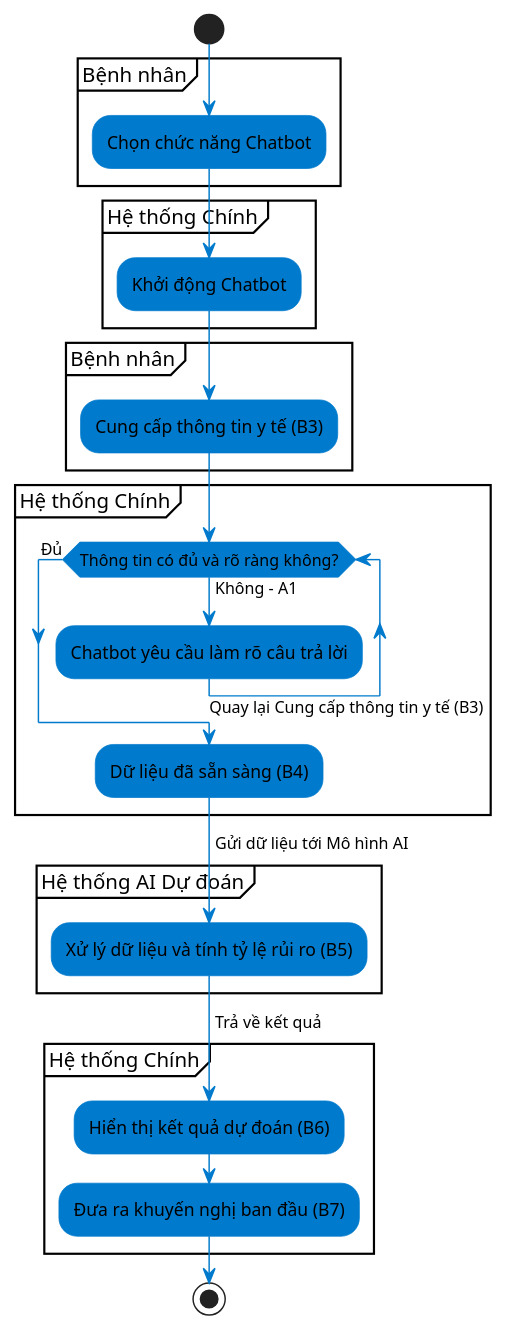
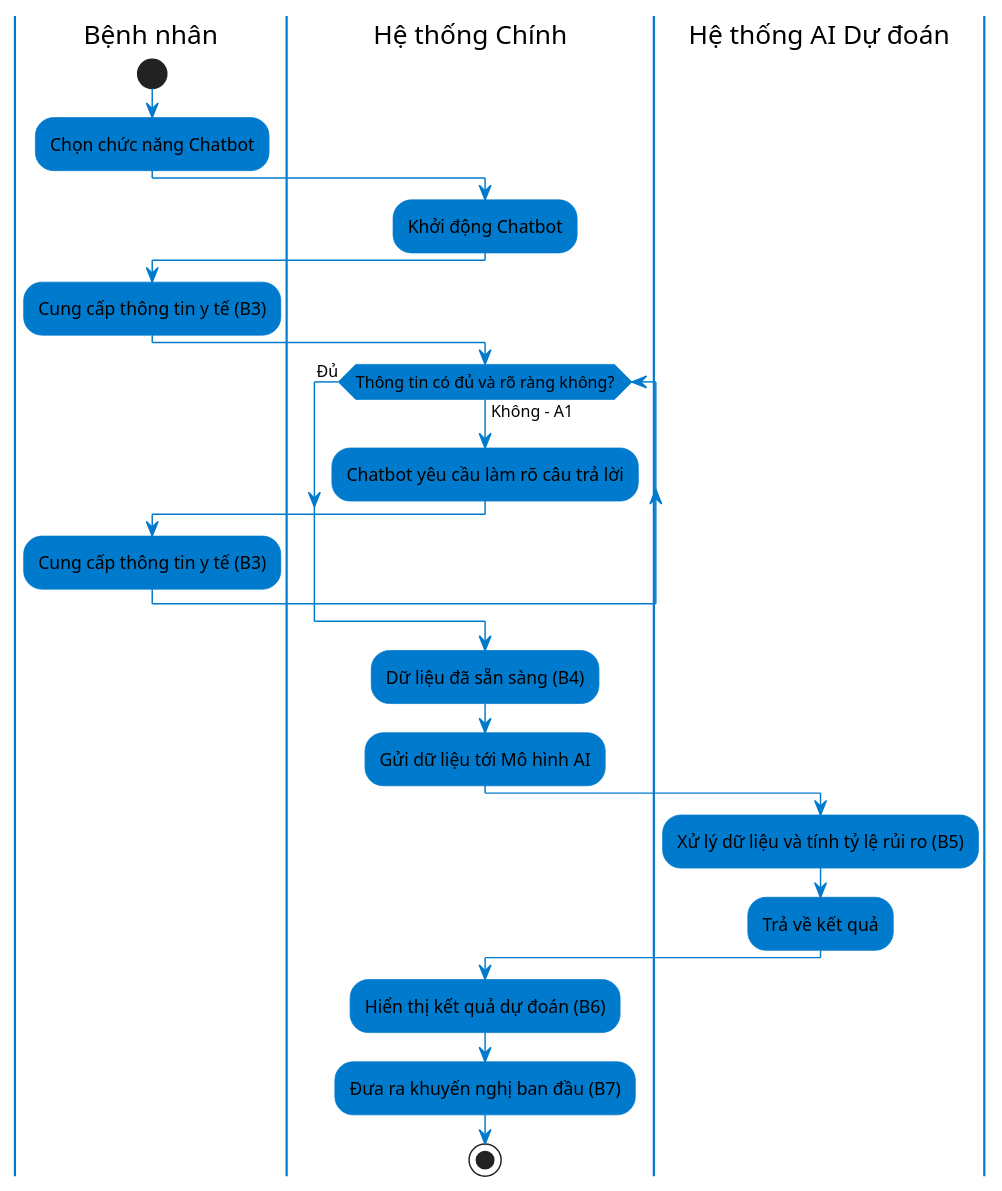
Before and after one commit to ThuyNhiIT/Healthcare_KLTN_BE: the diagram in diagram/active/chatBot.puml, drawn with PlantUML. The commit also changed 2 other files, not shown here.

```diff
--- a/diagram/active/chatBot.puml
+++ b/diagram/active/chatBot.puml
@@ -1,48 +1,42 @@
 @startuml
 skinparam activity {
   FontName Arial
   BackgroundColor #007ACC
   BorderColor #007ACC
   ArrowColor #007ACC
 }
 skinparam swimlane {
   BorderColor #007ACC
   BackgroundColor #E6F3FF
 }
 
+|Bệnh nhân|
 start
+:Chọn chức năng Chatbot;
 
-partition Bệnh nhân {
-  :Chọn chức năng Chatbot;
-}
+|Hệ thống Chính|
+:Khởi động Chatbot;
 
-partition Hệ thống Chính {
-  :Khởi động Chatbot;
-}
+|Bệnh nhân|
+:Cung cấp thông tin y tế (B3);
 
-partition Bệnh nhân {
+|Hệ thống Chính|
+while (Thông tin có đủ và rõ ràng không?) is (Không - A1)
+  :Chatbot yêu cầu làm rõ câu trả lời;
+  |Bệnh nhân|
   :Cung cấp thông tin y tế (B3);
-}
+  |Hệ thống Chính|
+endwhile (Đủ)
+:Dữ liệu đã sẵn sàng (B4);
+:Gửi dữ liệu tới Mô hình AI;
 
-partition Hệ thống Chính {
-  while (Thông tin có đủ và rõ ràng không?) is (Không - A1)
-    :Chatbot yêu cầu làm rõ câu trả lời;
-    -> Quay lại Cung cấp thông tin y tế (B3);
-  endwhile (Đủ)
-  :Dữ liệu đã sẵn sàng (B4);
-  
-  -> Gửi dữ liệu tới Mô hình AI;
-}
+|Hệ thống AI Dự đoán|
+:Xử lý dữ liệu và tính tỷ lệ rủi ro (B5);
+:Trả về kết quả;
 
-partition Hệ thống AI Dự đoán {
-  :Xử lý dữ liệu và tính tỷ lệ rủi ro (B5);
-  -> Trả về kết quả;
-}
-
-partition Hệ thống Chính {
-  :Hiển thị kết quả dự đoán (B6);
-  :Đưa ra khuyến nghị ban đầu (B7);
-}
+|Hệ thống Chính|
+:Hiển thị kết quả dự đoán (B6);
+:Đưa ra khuyến nghị ban đầu (B7);
 
 stop
 @enduml
```
